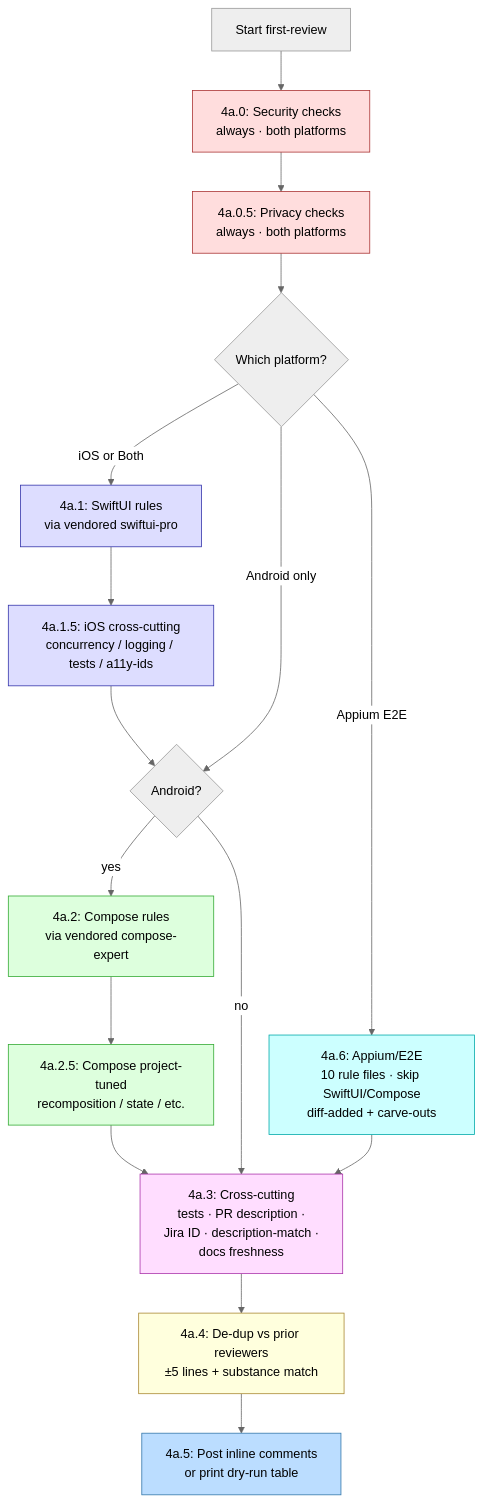
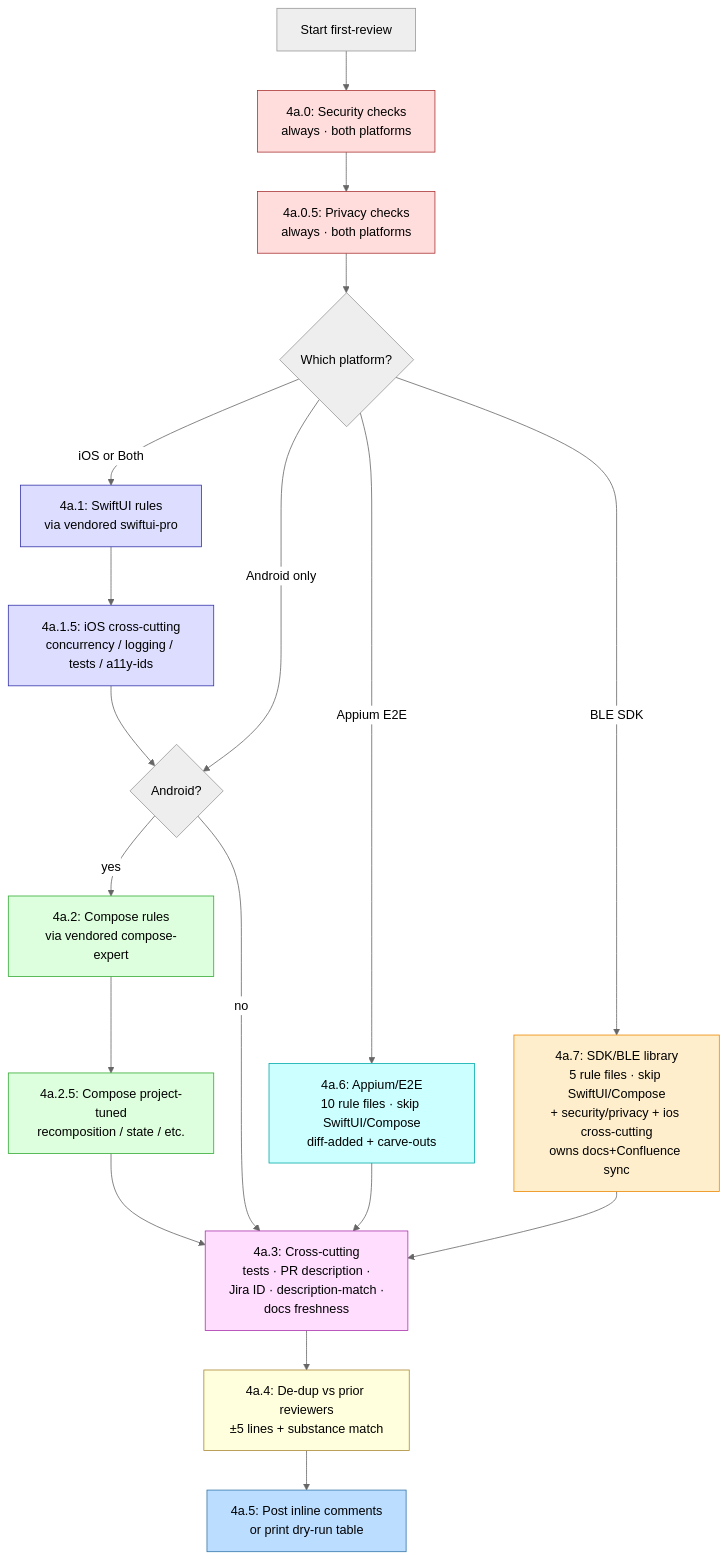
One commit to pkesavangg/pr-review-skills changed the sixth of 15 diagrams in HOW-IT-WORKS.md. Above: the diagram before and after it, drawn with Mermaid (neutral theme). The commit also changed other lines of this file and 9 other files, not shown here.

````diff
--- a/HOW-IT-WORKS.md
+++ b/HOW-IT-WORKS.md
@@ -199,35 +206,39 @@
 ```mermaid
 flowchart TD
     Start[Start first-review] --> S40[4a.0: Security checks<br/>always · both platforms]
     S40 --> S405[4a.0.5: Privacy checks<br/>always · both platforms]
     S405 --> PlatBranch{Which platform?}
 
     PlatBranch -- iOS or Both --> S41[4a.1: SwiftUI rules<br/>via vendored swiftui-pro]
     S41 --> S415[4a.1.5: iOS cross-cutting<br/>concurrency / logging / tests / a11y-ids]
     S415 --> AndroidGate
 
     PlatBranch -- Android only --> AndroidGate{Android?}
     AndroidGate -- yes --> S42[4a.2: Compose rules<br/>via vendored compose-expert]
     S42 --> S425[4a.2.5: Compose project-tuned<br/>recomposition / state / etc.]
     S425 --> S43
 
     AndroidGate -- no --> S43
 
     PlatBranch -- Appium E2E --> S46[4a.6: Appium/E2E<br/>10 rule files · skip SwiftUI/Compose<br/>diff-added + carve-outs]
     S46 --> S43
 
+    PlatBranch -- BLE SDK --> S47[4a.7: SDK/BLE library<br/>5 rule files · skip SwiftUI/Compose<br/>+ security/privacy + ios cross-cutting<br/>owns docs+Confluence sync]
+    S47 --> S43
+
     S43[4a.3: Cross-cutting<br/>tests · PR description ·<br/>Jira ID · description-match ·<br/>docs freshness]
     S43 --> S44[4a.4: De-dup vs prior reviewers<br/>±5 lines + substance match]
     S44 --> S45[4a.5: Post inline comments<br/>or print dry-run table]
 
     style S40 fill:#fdd,stroke:#a33,color:#000
     style S405 fill:#fdd,stroke:#a33,color:#000
     style S41 fill:#ddf,stroke:#33a,color:#000
     style S415 fill:#ddf,stroke:#33a,color:#000
     style S42 fill:#dfd,stroke:#3a3,color:#000
     style S425 fill:#dfd,stroke:#3a3,color:#000
     style S46 fill:#cff,stroke:#0aa,color:#000
+    style S47 fill:#fec,stroke:#e80,color:#000
     style S43 fill:#fdf,stroke:#a3a,color:#000
     style S44 fill:#ffd,stroke:#a83,color:#000
     style S45 fill:#bdf,stroke:#37a,color:#000
 ```
````
